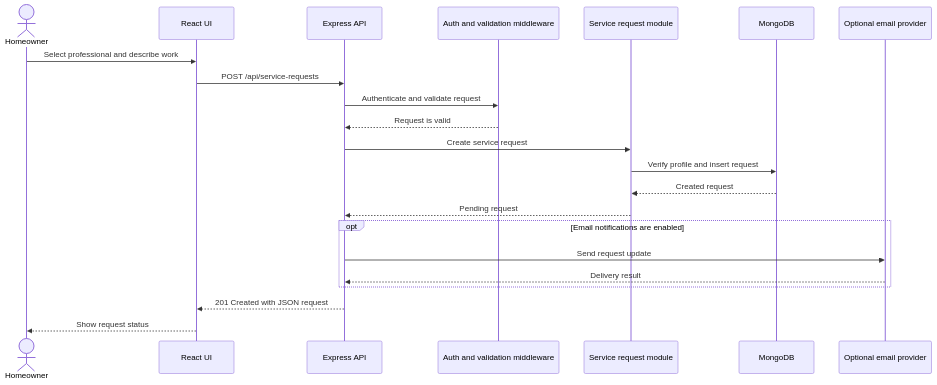
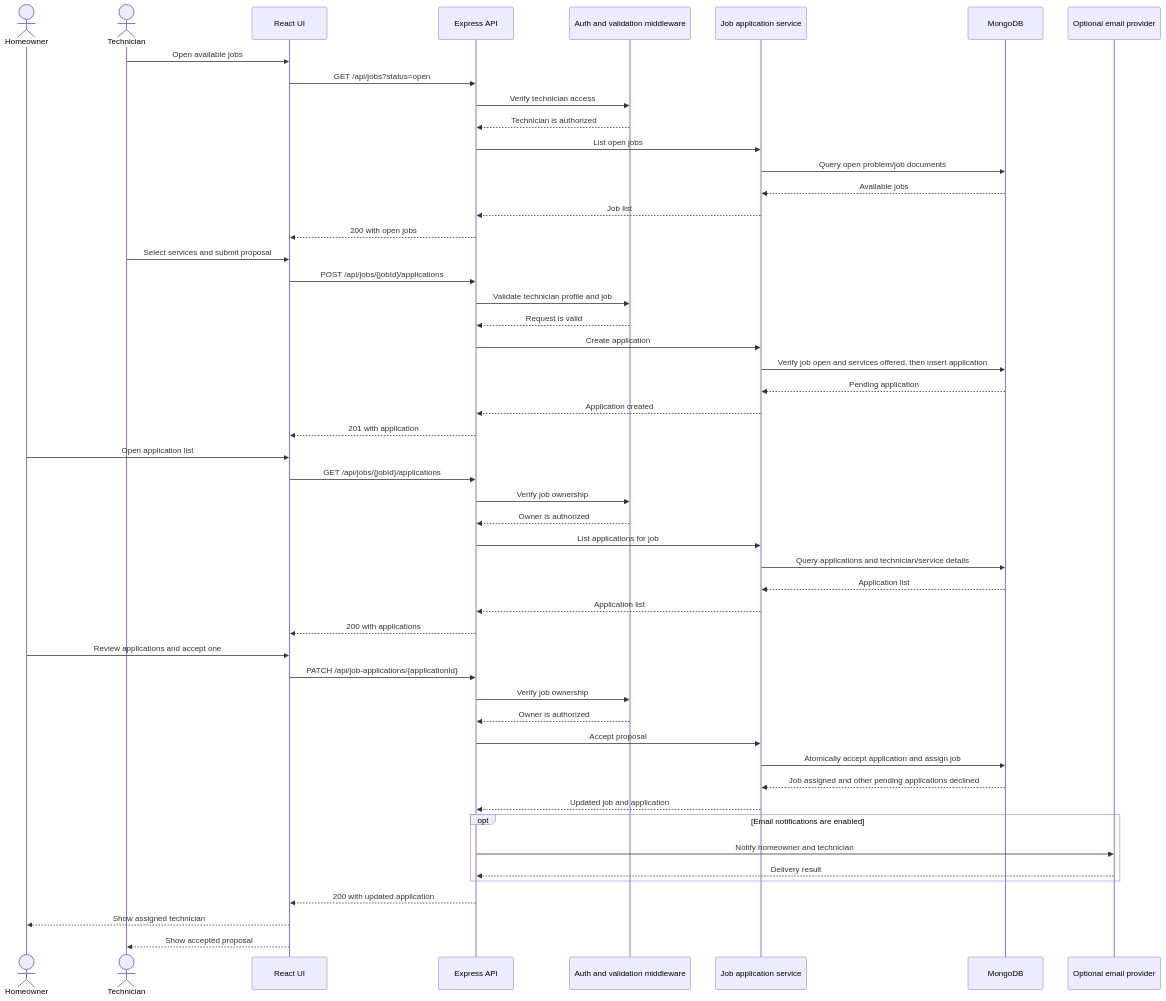
One commit to zannedMaryem/holberton_HomeMaintain changed the eighth of 8 diagrams in Project_Documentation/TECHNICAL_DOCUMENTATION.md. Above: the diagram before and after it, drawn with Mermaid. The commit also changed other lines of this file and 4 other files, not shown here.

````diff
--- a/Project_Documentation/TECHNICAL_DOCUMENTATION.md
+++ b/Project_Documentation/TECHNICAL_DOCUMENTATION.md
@@ -375,25 +541,54 @@
 ```mermaid
 sequenceDiagram
     actor Homeowner
+    actor Technician
     participant UI as React UI
     participant API as Express API
     participant Auth as Auth and validation middleware
-    participant Services as Service request module
+    participant Jobs as Job application service
     participant DB as MongoDB
     participant Mail as Optional email provider
 
-    Homeowner->>UI: Select professional and describe work
-    UI->>API: POST /api/service-requests
-    API->>Auth: Authenticate and validate request
+    Technician->>UI: Open available jobs
+    UI->>API: GET /api/jobs?status=open
+    API->>Auth: Verify technician access
+    Auth-->>API: Technician is authorized
+    API->>Jobs: List open jobs
+    Jobs->>DB: Query open problem/job documents
+    DB-->>Jobs: Available jobs
+    Jobs-->>API: Job list
+    API-->>UI: 200 with open jobs
+    Technician->>UI: Select services and submit proposal
+    UI->>API: POST /api/jobs/{jobId}/applications
+    API->>Auth: Validate technician profile and job
     Auth-->>API: Request is valid
-    API->>Services: Create service request
-    Services->>DB: Verify profile and insert request
-    DB-->>Services: Created request
-    Services-->>API: Pending request
+    API->>Jobs: Create application
+    Jobs->>DB: Verify job open and services offered, then insert application
+    DB-->>Jobs: Pending application
+    Jobs-->>API: Application created
+    API-->>UI: 201 with application
+    Homeowner->>UI: Open application list
+    UI->>API: GET /api/jobs/{jobId}/applications
+    API->>Auth: Verify job ownership
+    Auth-->>API: Owner is authorized
+    API->>Jobs: List applications for job
+    Jobs->>DB: Query applications and technician/service details
+    DB-->>Jobs: Application list
+    Jobs-->>API: Application list
+    API-->>UI: 200 with applications
+    Homeowner->>UI: Review applications and accept one
+    UI->>API: PATCH /api/job-applications/{applicationId}
+    API->>Auth: Verify job ownership
+    Auth-->>API: Owner is authorized
+    API->>Jobs: Accept proposal
+    Jobs->>DB: Atomically accept application and assign job
+    DB-->>Jobs: Job assigned and other pending applications declined
+    Jobs-->>API: Updated job and application
     opt Email notifications are enabled
-        API->>Mail: Send request update
+        API->>Mail: Notify homeowner and technician
         Mail-->>API: Delivery result
     end
-    API-->>UI: 201 Created with JSON request
-    UI-->>Homeowner: Show request status
+    API-->>UI: 200 with updated application
+    UI-->>Homeowner: Show assigned technician
+    UI-->>Technician: Show accepted proposal
 ```
````
